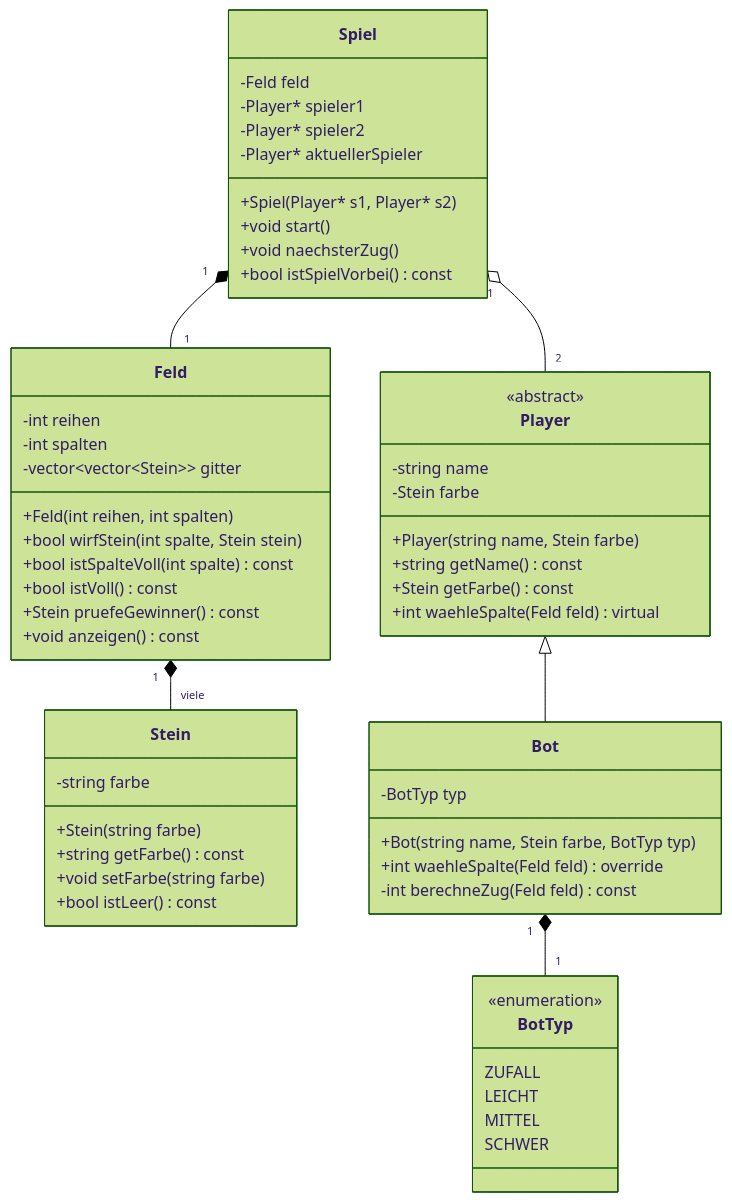
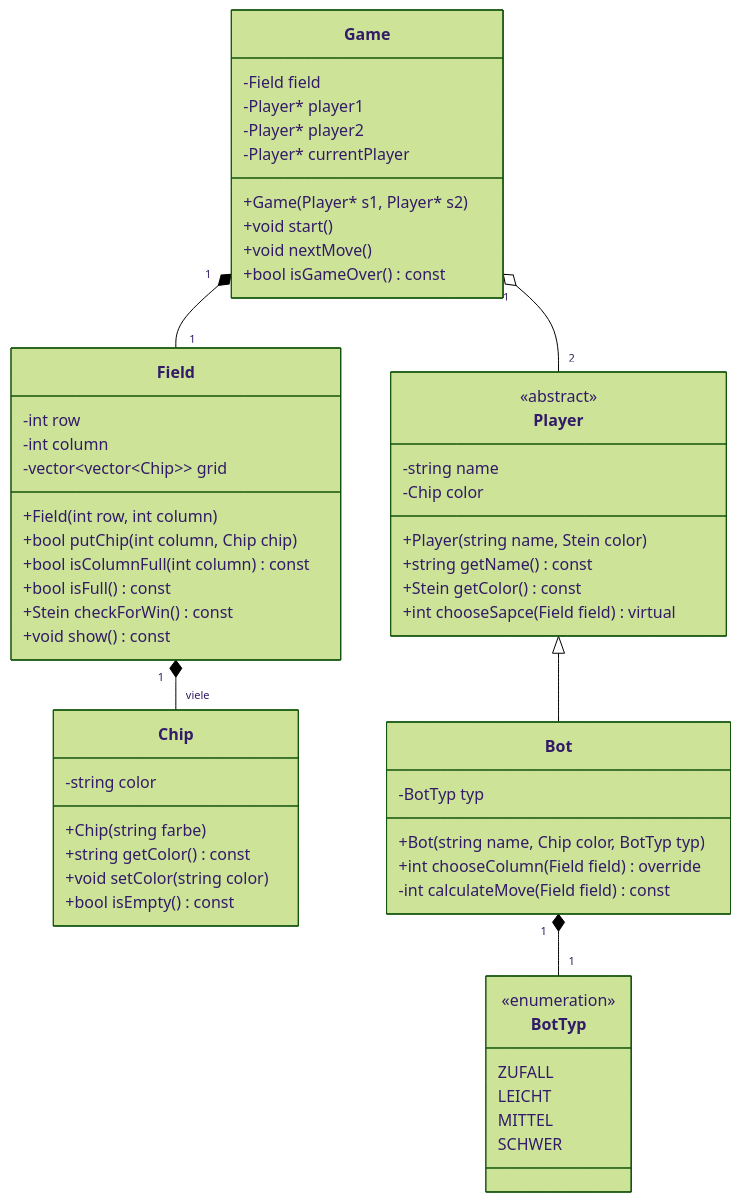
The diagram in docu/uml.md (Ehnalk/ProbeProjektCpp), drawn with Mermaid (forest theme) before and after one commit.

Commit message:
uml in english

````diff
--- a/docu/uml.md
+++ b/docu/uml.md
@@ -1,65 +1,65 @@
 ```mermaid
 classDiagram
-    class Stein {
-        -string farbe
-        +Stein(string farbe)
-        +string getFarbe() const
-        +void setFarbe(string farbe)
-        +bool istLeer() const
+    class Chip {
+        -string color
+        +Chip(string farbe)
+        +string getColor() const
+        +void setColor(string color)
+        +bool isEmpty() const
     }
 
-    class Feld {
-        -int reihen
-        -int spalten
-        -vector~vector~Stein~~ gitter
-        +Feld(int reihen, int spalten)
-        +bool wirfStein(int spalte, Stein stein)
-        +bool istSpalteVoll(int spalte) const
-        +bool istVoll() const
-        +Stein pruefeGewinner() const
-        +void anzeigen() const
+    class Field {
+        -int row
+        -int column
+        -vector~vector~Chip~~ grid
+        +Field(int row, int column)
+        +bool putChip(int column, Chip chip)
+        +bool isColumnFull(int column) const
+        +bool isFull() const
+        +Stein checkForWin() const
+        +void show() const
     }
 
     class Player {
         <<abstract>>
         -string name
-        -Stein farbe
-        +Player(string name, Stein farbe)
+        -Chip color
+        +Player(string name, Stein color)
         +string getName() const
-        +Stein getFarbe() const
-        +int waehleSpalte(Feld feld) virtual
+        +Stein getColor() const
+        +int chooseSapce(Field field) virtual
     }
 
     class BotTyp {
         <<enumeration>>
         ZUFALL
         LEICHT
         MITTEL
         SCHWER
     }
 
     class Bot {
         -BotTyp typ
-        +Bot(string name, Stein farbe, BotTyp typ)
-        +int waehleSpalte(Feld feld) override
-        -int berechneZug(Feld feld) const
+        +Bot(string name, Chip color, BotTyp typ)
+        +int chooseColumn(Field field) override
+        -int calculateMove(Field field) const
     }
 
-    class Spiel {
-        -Feld feld
-        -Player* spieler1
-        -Player* spieler2
-        -Player* aktuellerSpieler
-        +Spiel(Player* s1, Player* s2)
+    class Game {
+        -Field field
+        -Player* player1
+        -Player* player2
+        -Player* currentPlayer
+        +Game(Player* s1, Player* s2)
         +void start()
-        +void naechsterZug()
-        +bool istSpielVorbei() const
+        +void nextMove()
+        +bool isGameOver() const
     }
 
     Player <|-- Bot
-    Feld "1" *-- "viele" Stein
+    Field "1" *-- "viele" Chip
     Bot "1" *-- "1" BotTyp
-    Spiel "1" *-- "1" Feld
-    Spiel "1" o-- "2" Player
+    Game "1" *-- "1" Field
+    Game "1" o-- "2" Player
 
 ```
````
